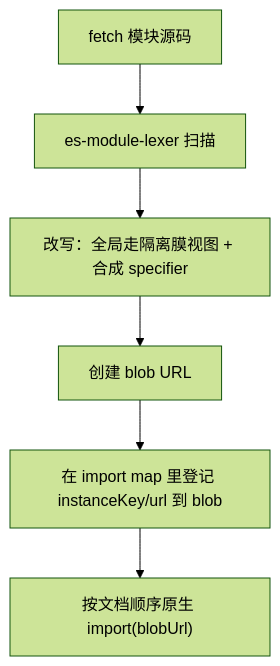
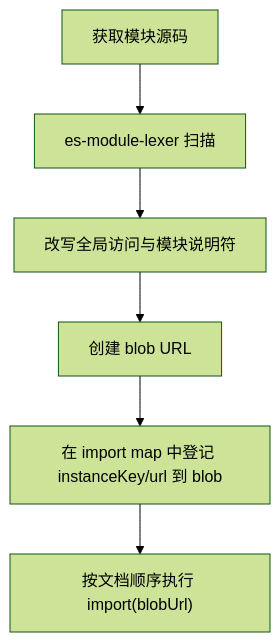
Before and after one commit to umijs/qiankun: the diagram in docs/zh-CN/internals/esm-sandbox.md, drawn with Mermaid (forest theme). The commit also changed other lines of this file and 66 other files, not shown here.

````diff
--- a/docs/zh-CN/internals/esm-sandbox.md
+++ b/docs/zh-CN/internals/esm-sandbox.md
@@ -38,8 +36,8 @@
 ```mermaid
 flowchart TD
-  A[fetch 模块源码] --> B[es-module-lexer 扫描]
-  B --> C[改写：全局走隔离膜视图 + 合成 specifier]
+  A[获取模块源码] --> B[es-module-lexer 扫描]
+  B --> C[改写全局访问与模块说明符]
   C --> D[创建 blob URL]
-  D --> E[在 import map 里登记 instanceKey/url 到 blob]
-  E --> F["按文档顺序原生 import(blobUrl)"]
+  D --> E[在 import map 中登记 instanceKey/url 到 blob]
+  E --> F["按文档顺序执行 import(blobUrl)"]
 ```
````
